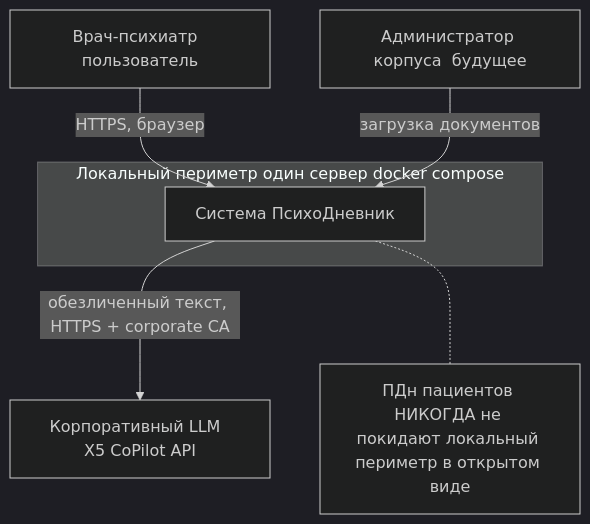
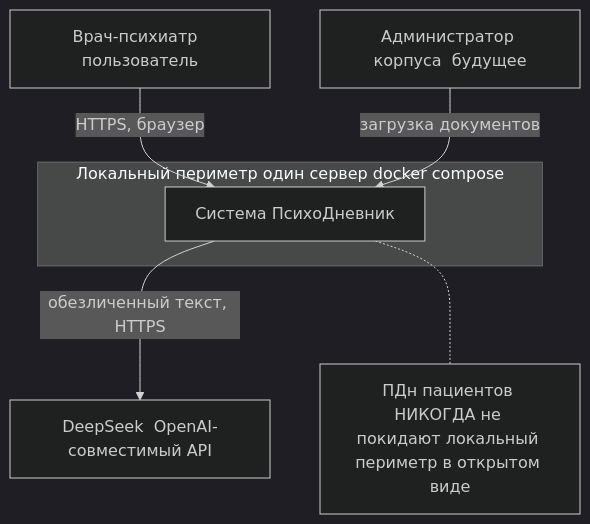
One commit to kemberl1/psynote changed the first of 5 diagrams in docs/02_system_architecture.md. Above: the diagram before and after it, drawn with Mermaid (dark theme). The commit also changed other lines of this file and 27 other files, not shown here.

First line of the commit message:
feat: переключить LLM на DeepSeek вместо X5/Gemini

````diff
--- a/docs/02_system_architecture.md
+++ b/docs/02_system_architecture.md
@@ -23,11 +23,11 @@
 ```mermaid
 flowchart TB
     Doctor[Врач-психиатр  пользователь] -->|HTTPS, браузер| System[Система ПсихоДневник]
-    System -->|обезличенный текст, HTTPS + corporate CA| LLM[Корпоративный LLM  X5 CoPilot API]
+    System -->|обезличенный текст, HTTPS| LLM[DeepSeek  OpenAI-совместимый API]
     Admin[Администратор корпуса  будущее] -->|загрузка документов| System
     subgraph Локальный периметр  один сервер  docker compose
       System
     end
     note1[ПДн пациентов НИКОГДА не покидают локальный периметр в открытом виде]
     System -.- note1
 ```
````
